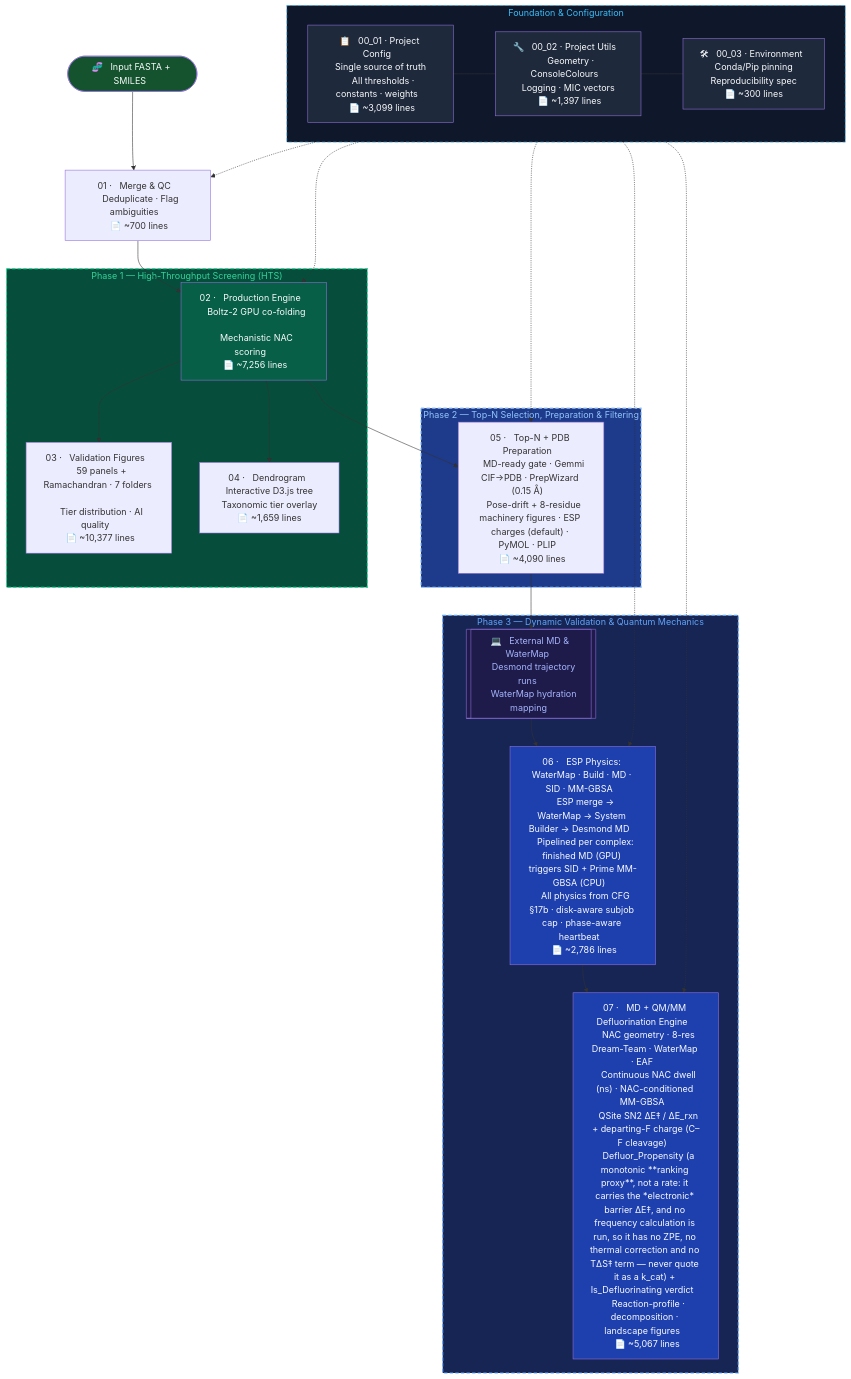
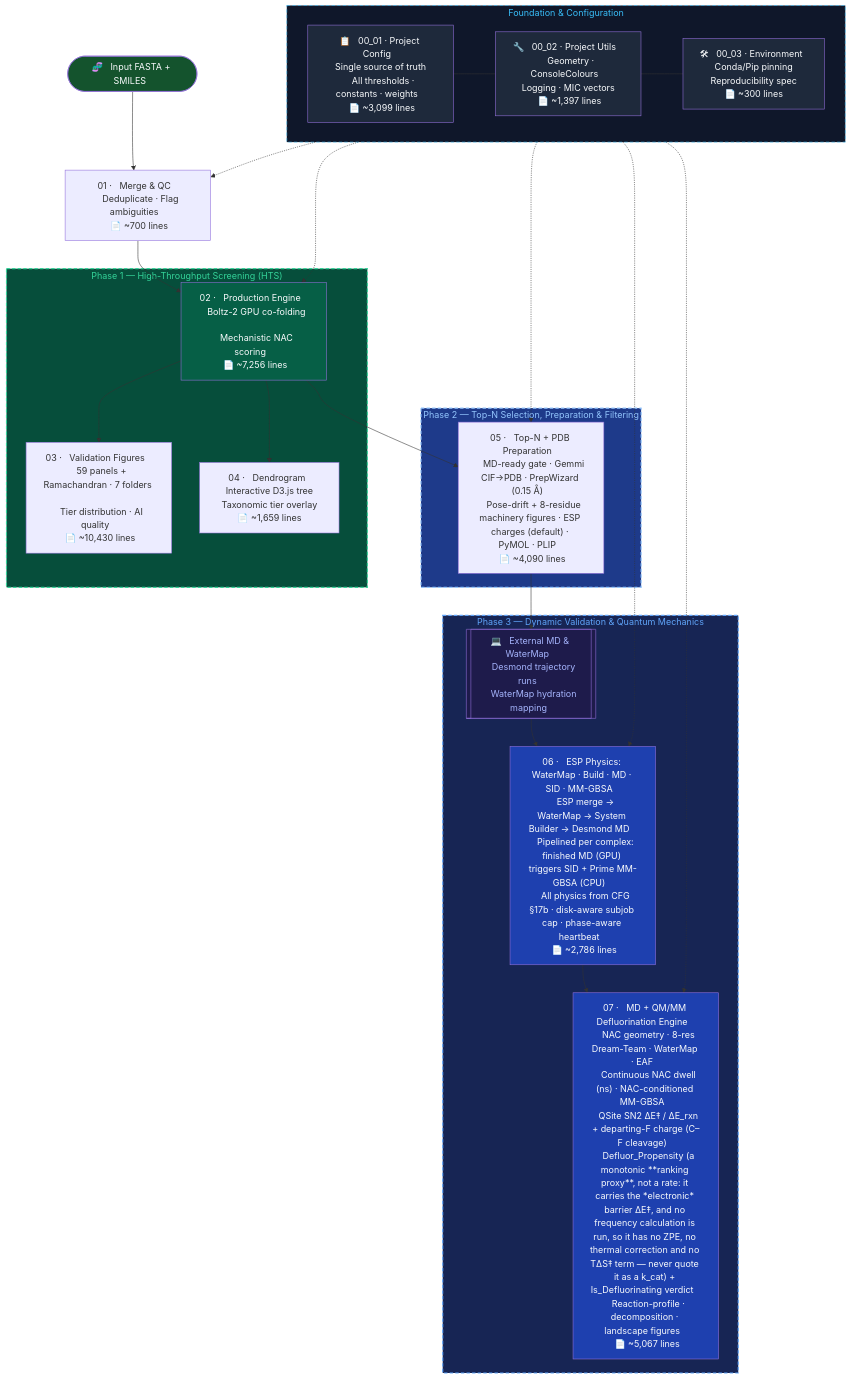
One commit to KU-MGB/DeFluorX changed the diagram in README.md. Above: the diagram before and after it, drawn with Mermaid. The commit also changed other lines of this file and 6 other files, not shown here.

````diff
--- a/README.md
+++ b/README.md
@@ -190,56 +190,56 @@
 ```mermaid
 flowchart TD
     subgraph FOUNDATION["  Foundation & Configuration  "]
         CFG["📋 &nbsp; 00_01 · Project Config &nbsp; \n &nbsp; Single source of truth &nbsp; \n &nbsp; All thresholds · constants · weights &nbsp; \n &nbsp; 📄 ~3,099 lines &nbsp; "]
         UTL["🔧 &nbsp; 00_02 · Project Utils &nbsp; \n &nbsp; Geometry · ConsoleColours &nbsp; \n &nbsp; Logging · MIC vectors &nbsp; \n &nbsp; 📄 ~1,397 lines &nbsp; "]
         ENV["🛠 &nbsp; 00_03 · Environment &nbsp; \n &nbsp; Conda/Pip pinning &nbsp; \n &nbsp; Reproducibility spec &nbsp; \n &nbsp; 📄 ~300 lines &nbsp; "]
         CFG --- UTL --- ENV
     end
 
     START(["🧬 &nbsp; Input FASTA + SMILES &nbsp;"]) --> M1
     M1["01 · &nbsp; Merge & QC &nbsp; \n &nbsp; Deduplicate · Flag ambiguities &nbsp; \n &nbsp; 📄 ~700 lines &nbsp; "] --> M2
 
     subgraph PHASE1["  Phase 1 — High-Throughput Screening (HTS)  "]
         M2["02 · &nbsp; Production Engine &nbsp; \n &nbsp; Boltz-2 GPU co-folding &nbsp; \n &nbsp; Mechanistic NAC scoring &nbsp; \n &nbsp; 📄 ~7,256 lines &nbsp; "]
-        M3["03 · &nbsp; Validation Figures &nbsp; \n &nbsp; 59 panels + Ramachandran · 7 folders &nbsp; \n &nbsp; Tier distribution · AI quality &nbsp; \n &nbsp; 📄 ~10,377 lines &nbsp; "]
+        M3["03 · &nbsp; Validation Figures &nbsp; \n &nbsp; 59 panels + Ramachandran · 7 folders &nbsp; \n &nbsp; Tier distribution · AI quality &nbsp; \n &nbsp; 📄 ~10,430 lines &nbsp; "]
         M4["04 · &nbsp; Dendrogram &nbsp; \n &nbsp; Interactive D3.js tree &nbsp; \n &nbsp; Taxonomic tier overlay &nbsp; \n &nbsp; 📄 ~1,659 lines &nbsp; "]
         M2 --> M3
         M2 --> M4
     end
 
     M2 --> M5
 
     subgraph PHASE2["  Phase 2 — Top-N Selection, Preparation & Filtering  "]
         M5["05 · &nbsp; Top-N + PDB Preparation &nbsp; \n &nbsp; MD-ready gate · Gemmi CIF→PDB · PrepWizard (0.15 Å) &nbsp; \n &nbsp; Pose-drift + 8-residue machinery figures · ESP charges (default) · PyMOL · PLIP &nbsp; \n &nbsp; 📄 ~4,090 lines &nbsp; "]
     end
 
     M5 --> EXT_MD
 
     subgraph PHASE3["  Phase 3 — Dynamic Validation & Quantum Mechanics  "]
         EXT_MD[["💻 &nbsp; External MD & WaterMap &nbsp; \n &nbsp; Desmond trajectory runs &nbsp; \n &nbsp; WaterMap hydration mapping &nbsp;"]]
         M6["06 · &nbsp; ESP Physics: WaterMap · Build · MD · SID · MM-GBSA &nbsp; \n &nbsp; ESP merge → WaterMap → System Builder → Desmond MD &nbsp; \n &nbsp; Pipelined per complex: finished MD (GPU) triggers SID + Prime MM-GBSA (CPU) &nbsp; \n &nbsp; All physics from CFG §17b · disk-aware subjob cap · phase-aware heartbeat &nbsp; \n &nbsp; 📄 ~2,786 lines &nbsp; "]
         M7["07 · &nbsp; MD + QM/MM Defluorination Engine &nbsp; \n &nbsp; NAC geometry · 8-res Dream-Team · WaterMap · EAF &nbsp; \n &nbsp; Continuous NAC dwell (ns) · NAC-conditioned MM-GBSA &nbsp; \n &nbsp; QSite SN2 ΔE‡ / ΔE_rxn + departing-F charge (C–F cleavage) &nbsp; \n &nbsp; Defluor_Propensity (a monotonic **ranking proxy**, not a rate: it carries the *electronic* barrier ΔE‡, and no frequency calculation is run, so it has no ZPE, no thermal correction and no TΔS‡ term — never quote it as a k_cat) + Is_Defluorinating verdict &nbsp; \n &nbsp; Reaction-profile · decomposition · landscape figures &nbsp; \n &nbsp; 📄 ~5,067 lines &nbsp; "]
         EXT_MD --> M6 --> M7
     end
 
     %% Dependencies
     FOUNDATION -.-> M1
     FOUNDATION -.-> M2
     FOUNDATION -.-> M5
     FOUNDATION -.-> M6
     FOUNDATION -.-> M7
 
     style FOUNDATION fill:#0f172a,color:#38bdf8,stroke:#38bdf8
     style CFG fill:#1e293b,color:#f8fafc
     style UTL fill:#1e293b,color:#f8fafc
     style ENV fill:#1e293b,color:#f8fafc
     style PHASE1 fill:#064e3b,color:#34d399,stroke:#34d399,stroke-width:2px,stroke-dasharray: 6 4
     style PHASE2 fill:#1e3a8a,color:#93c5fd,stroke:#93c5fd,stroke-width:2px,stroke-dasharray: 6 4
     style PHASE3 fill:#172554,color:#60a5fa,stroke:#60a5fa,stroke-width:2px,stroke-dasharray: 6 4
     style FOUNDATION stroke-dasharray: 6 4
     style M2 fill:#065f46,color:#f8fafc
     style M6 fill:#1e40af,color:#f8fafc
     style M7 fill:#1e40af,color:#f8fafc
     style START fill:#14532d,color:#f8fafc
     style EXT_MD fill:#1e1b4b,color:#a5b4fc
 ```
````
